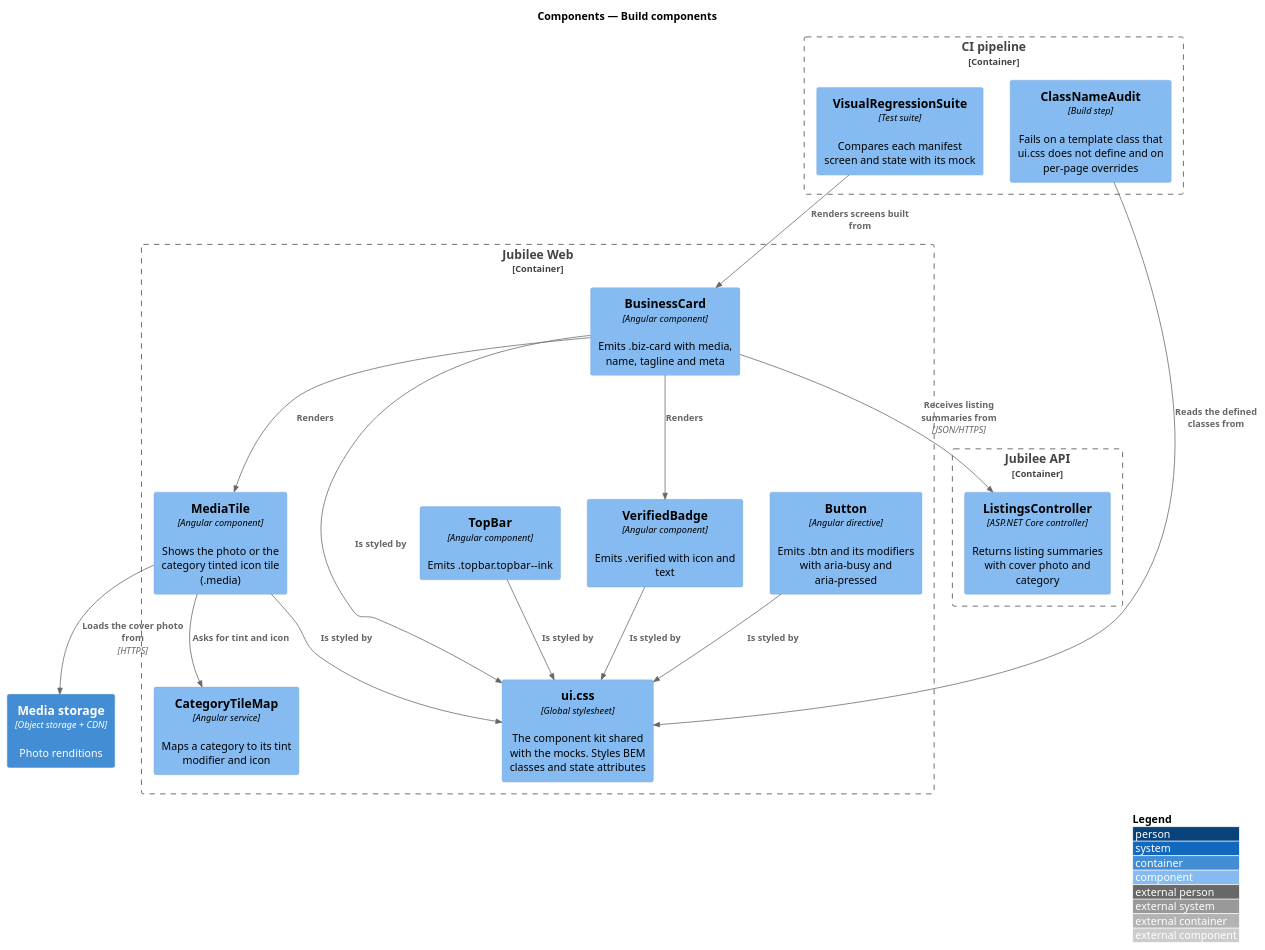
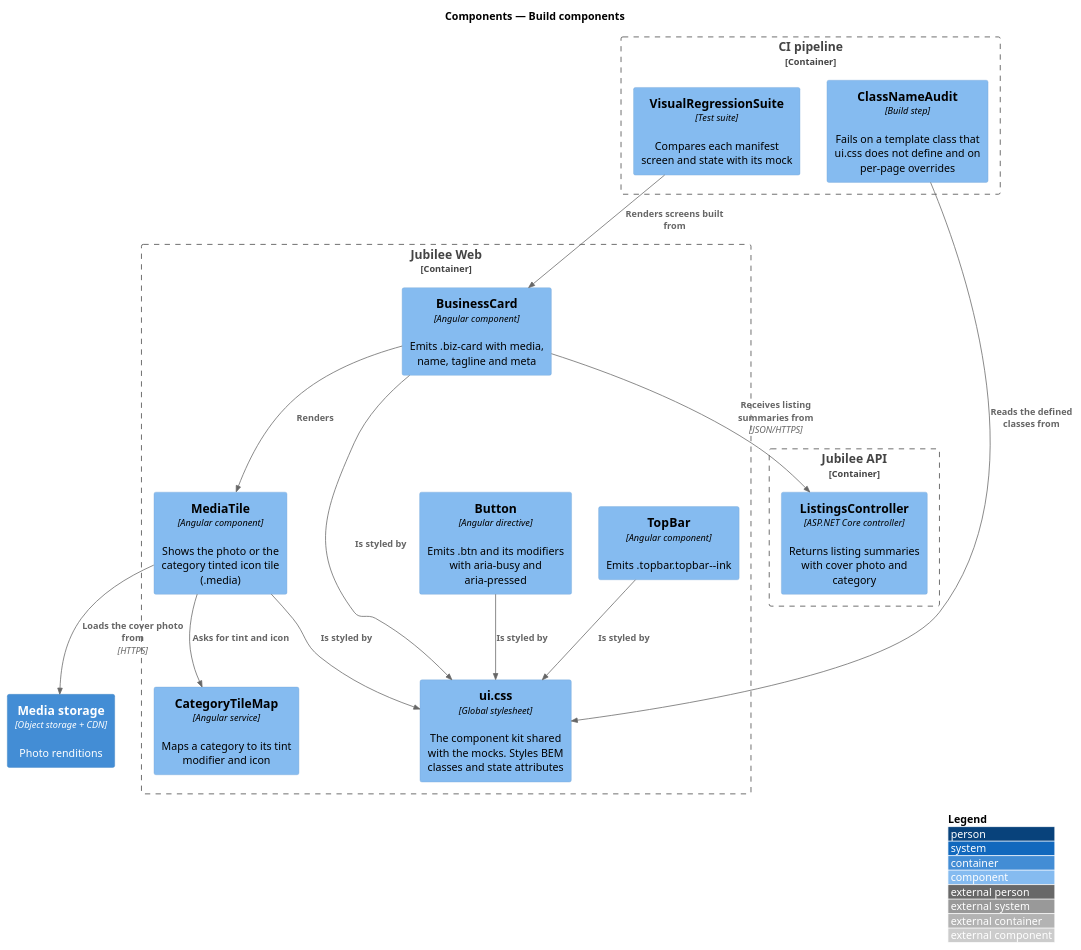
Before and after one commit to QuinntyneBrown/jubilee: the diagram in docs/detailed-designs/design-system/build-components/diagrams/c4-component.puml, drawn with PlantUML. The commit also changed 1076 other files, not shown here.

```diff
--- a/docs/detailed-designs/design-system/build-components/diagrams/c4-component.puml
+++ b/docs/detailed-designs/design-system/build-components/diagrams/c4-component.puml
@@ -1,36 +1,33 @@
 @startuml
 !include <C4/C4_Component>
 LAYOUT_WITH_LEGEND()
 title Components — Build components
 
 Container_Boundary(web, "Jubilee Web") {
   Component(css, "ui.css", "Global stylesheet", "The component kit shared with the mocks. Styles BEM classes and state attributes")
   Component(button, "Button", "Angular directive", "Emits .btn and its modifiers with aria-busy and aria-pressed")
   Component(card, "BusinessCard", "Angular component", "Emits .biz-card with media, name, tagline and meta")
   Component(media, "MediaTile", "Angular component", "Shows the photo or the category tinted icon tile (.media)")
-  Component(badge, "VerifiedBadge", "Angular component", "Emits .verified with icon and text")
   Component(topbar, "TopBar", "Angular component", "Emits .topbar.topbar--ink")
   Component(tiles, "CategoryTileMap", "Angular service", "Maps a category to its tint modifier and icon")
 }
 Container_Boundary(api, "Jubilee API") {
   Component(listings, "ListingsController", "ASP.NET Core controller", "Returns listing summaries with cover photo and category")
 }
 Container_Boundary(pipeline, "CI pipeline") {
   Component(audit, "ClassNameAudit", "Build step", "Fails on a template class that ui.css does not define and on per-page overrides")
   Component(visual, "VisualRegressionSuite", "Test suite", "Compares each manifest screen and state with its mock")
 }
 Container(storage, "Media storage", "Object storage + CDN", "Photo renditions")
 
 Rel(card, media, "Renders")
-Rel(card, badge, "Renders")
 Rel(media, tiles, "Asks for tint and icon")
 Rel(media, storage, "Loads the cover photo from", "HTTPS")
 Rel(card, listings, "Receives listing summaries from", "JSON/HTTPS")
 Rel(button, css, "Is styled by")
 Rel(card, css, "Is styled by")
 Rel(media, css, "Is styled by")
-Rel(badge, css, "Is styled by")
 Rel(topbar, css, "Is styled by")
 Rel(audit, css, "Reads the defined classes from")
 Rel(visual, card, "Renders screens built from")
 @enduml
```
